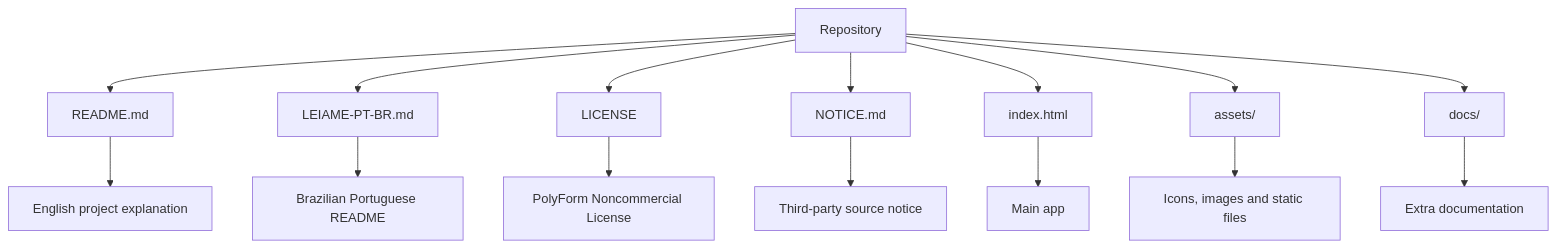
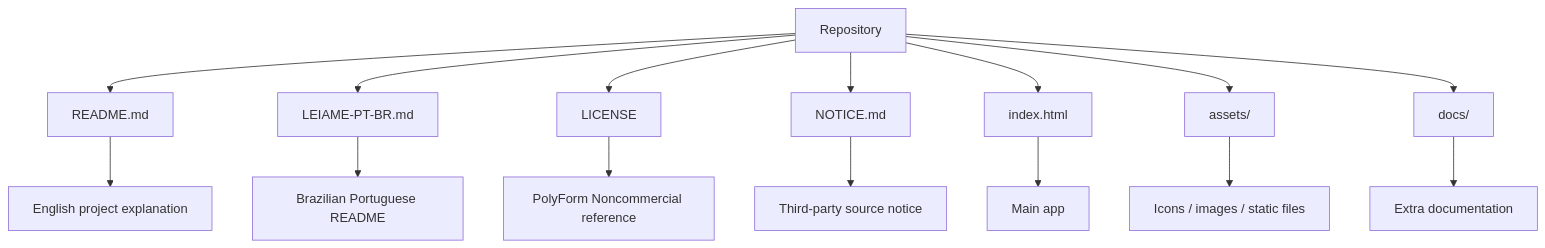
The sixth of 6 diagrams in README.md (HyakkimaruPY/Hanzi-Reader), drawn with Mermaid before and after one commit. The commit also changed other lines of this file, not shown here.

````diff
--- a/README.md
+++ b/README.md
@@ -282,18 +244,18 @@
 ```mermaid
 graph TD
-    A["Repository"] --> B["README.md"]
-    A --> C["LEIAME-PT-BR.md"]
-    A --> D["LICENSE"]
-    A --> E["NOTICE.md"]
-    A --> F["index.html"]
-    A --> G["assets/"]
-    A --> H["docs/"]
+    A[Repository] --> B[README.md]
+    A --> C[LEIAME-PT-BR.md]
+    A --> D[LICENSE]
+    A --> E[NOTICE.md]
+    A --> F[index.html]
+    A --> G[assets/]
+    A --> H[docs/]
 
-    B --> B1["English project explanation"]
-    C --> C1["Brazilian Portuguese README"]
-    D --> D1["PolyForm Noncommercial License"]
-    E --> E1["Third-party source notice"]
-    F --> F1["Main app"]
-    G --> G1["Icons, images and static files"]
-    H --> H1["Extra documentation"]
+    B --> B1[English project explanation]
+    C --> C1[Brazilian Portuguese README]
+    D --> D1[PolyForm Noncommercial reference]
+    E --> E1[Third-party source notice]
+    F --> F1[Main app]
+    G --> G1[Icons / images / static files]
+    H --> H1[Extra documentation]
 ```
````
